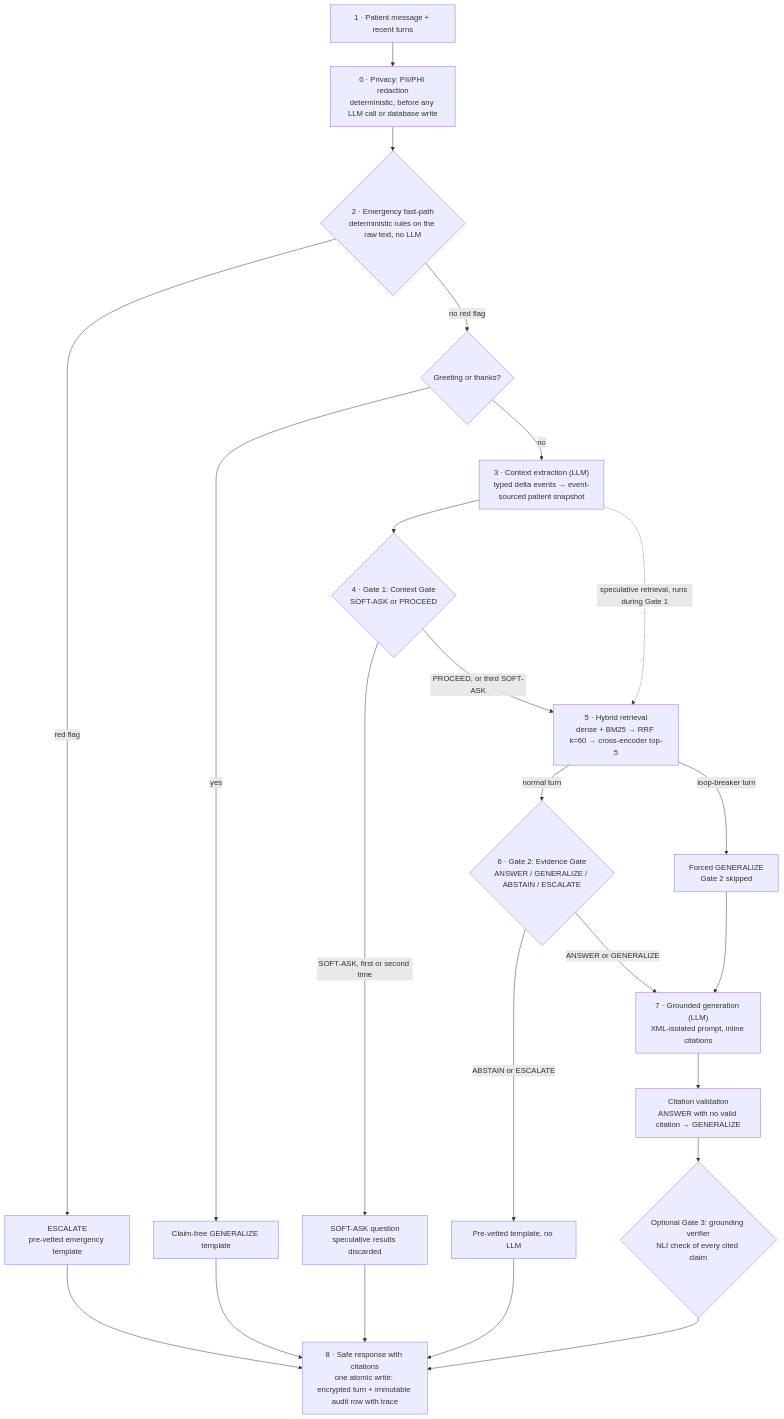
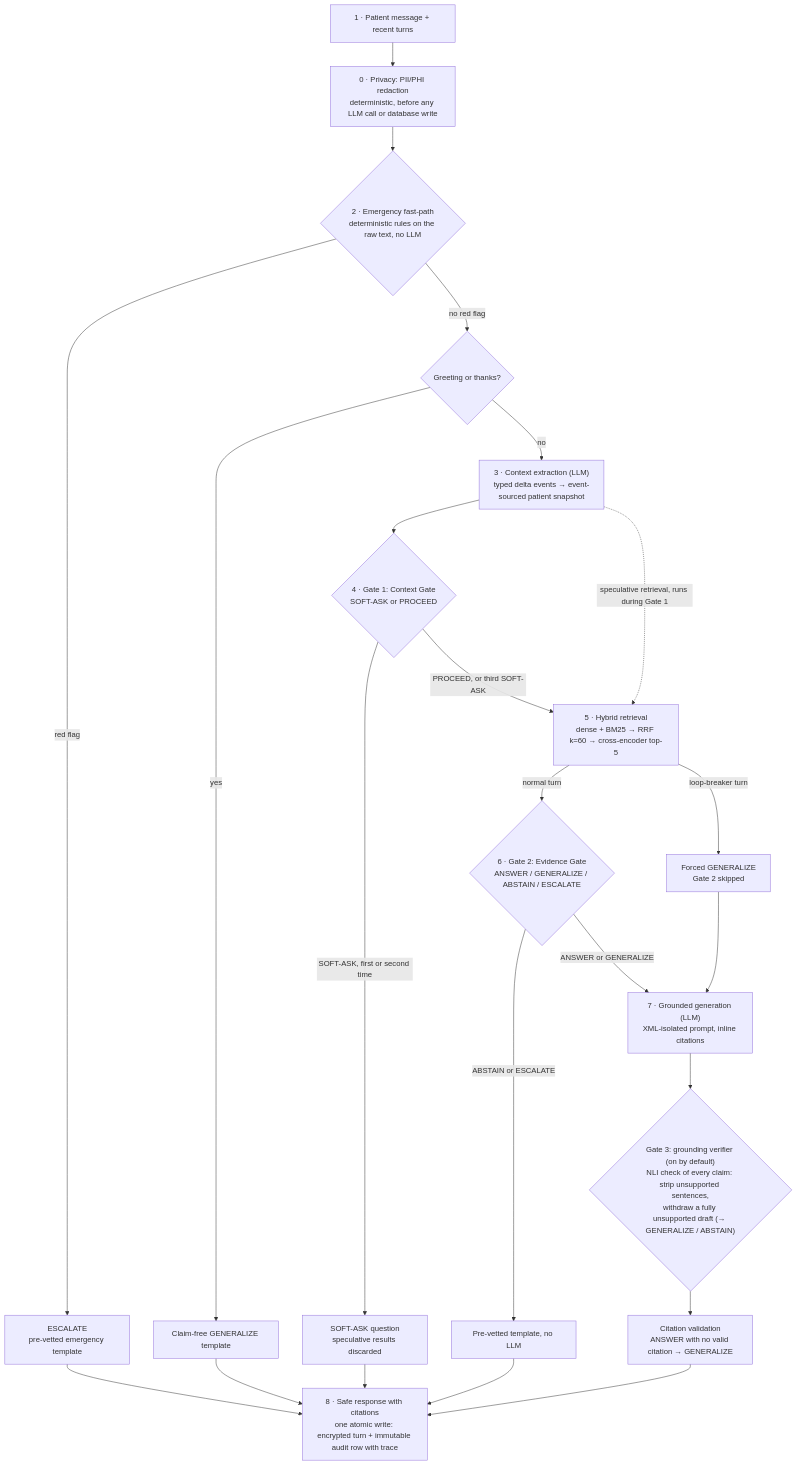
One commit to Farhan-0000/CardioGuard changed the diagram in README.md. Above: the diagram before and after it, drawn with Mermaid. The commit also changed other lines of this file and 91 other files, not shown here.

Commit message:
write study and post-study results into report, 6-page icitiit paper, slides, adl-059 to 061, readme, changelog and how-to-run after a 70-item number audit

````diff
--- a/README.md
+++ b/README.md
@@ -71,25 +71,25 @@
 ```mermaid
 flowchart TD
     U["1 · Patient message + recent turns"] --> P["0 · Privacy: PII/PHI redaction<br/>deterministic, before any LLM call or database write"]
     P --> E{"2 · Emergency fast-path<br/>deterministic rules on the raw text, no LLM"}
     E -->|red flag| ESC["ESCALATE<br/>pre-vetted emergency template"]
     E -->|no red flag| ST{"Greeting or thanks?"}
     ST -->|yes| STT["Claim-free GENERALIZE template"]
     ST -->|no| X["3 · Context extraction (LLM)<br/>typed delta events → event-sourced patient snapshot"]
     X --> G1{"4 · Gate 1: Context Gate<br/>SOFT-ASK or PROCEED"}
     X -.->|speculative retrieval, runs during Gate 1| R
     G1 -->|SOFT-ASK, first or second time| SA["SOFT-ASK question<br/>speculative results discarded"]
     G1 -->|PROCEED, or third SOFT-ASK| R["5 · Hybrid retrieval<br/>dense + BM25 → RRF k=60 → cross-encoder top-5"]
     R -->|normal turn| G2{"6 · Gate 2: Evidence Gate<br/>ANSWER / GENERALIZE / ABSTAIN / ESCALATE"}
     R -->|loop-breaker turn| LB["Forced GENERALIZE<br/>Gate 2 skipped"]
     G2 -->|ABSTAIN or ESCALATE| T["Pre-vetted template, no LLM"]
     G2 -->|ANSWER or GENERALIZE| GEN["7 · Grounded generation (LLM)<br/>XML-isolated prompt, inline citations"]
     LB --> GEN
-    GEN --> CV["Citation validation<br/>ANSWER with no valid citation → GENERALIZE"]
-    CV --> G3{"Optional Gate 3: grounding verifier<br/>NLI check of every cited claim"}
-    G3 --> OUT["8 · Safe response with citations<br/>one atomic write: encrypted turn + immutable audit row with trace"]
+    GEN --> G3{"Gate 3: grounding verifier (on by default)<br/>NLI check of every claim: strip unsupported sentences,<br/>withdraw a fully unsupported draft (→ GENERALIZE / ABSTAIN)"}
+    G3 --> CV["Citation validation<br/>ANSWER with no valid citation → GENERALIZE"]
+    CV --> OUT["8 · Safe response with citations<br/>one atomic write: encrypted turn + immutable audit row with trace"]
     SA --> OUT
     T --> OUT
     ESC --> OUT
     STT --> OUT
 ```
````
